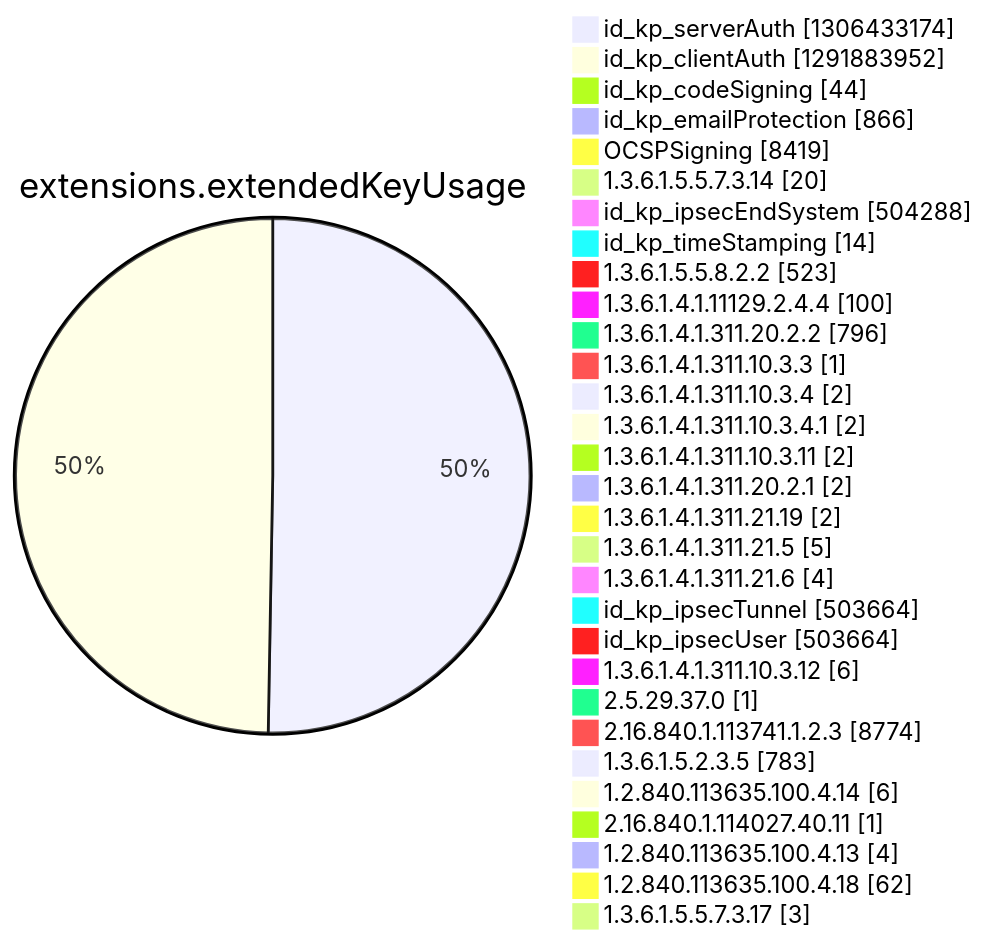
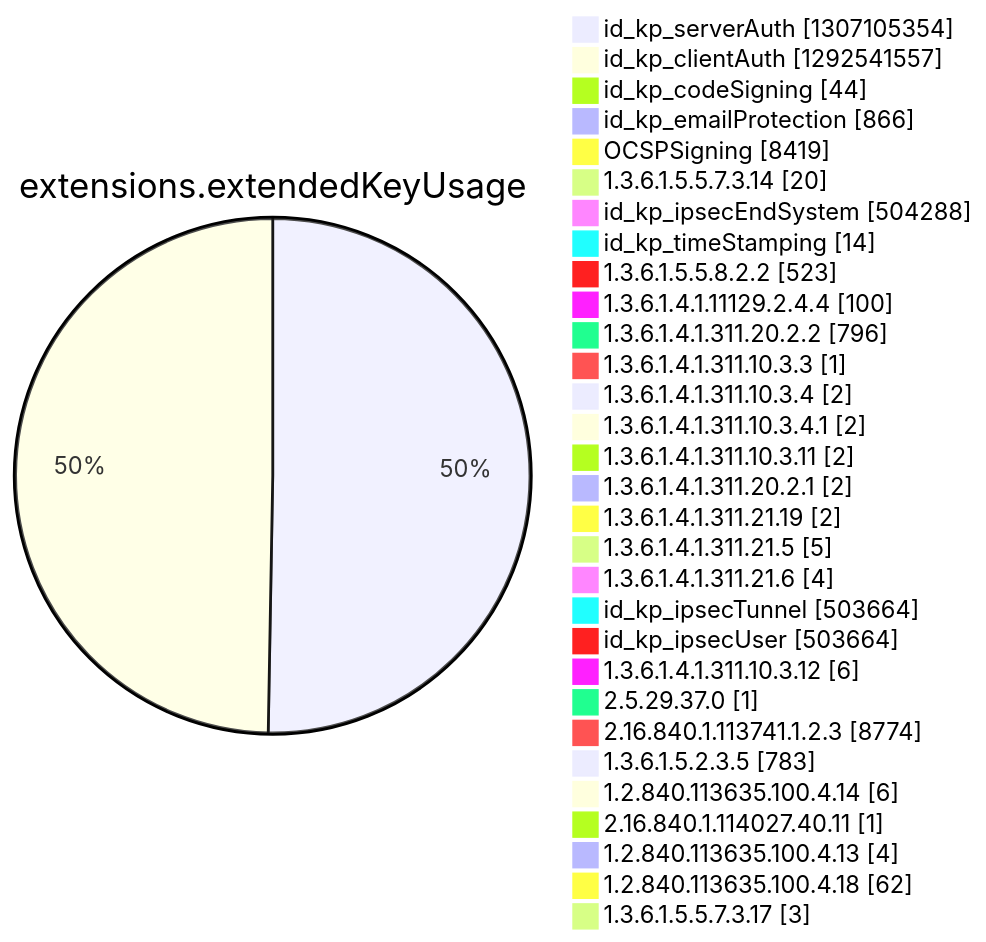
Diagram 12 of 15 in argon2022/README.md (christiankrug/ctmonitor_visualization), drawn with Mermaid before and after one commit. The commit also changed other lines of this file, not shown here.

````diff
--- a/argon2022/README.md
+++ b/argon2022/README.md
@@ -3551,34 +3551,34 @@
 ```mermaid
 pie showData
 title extensions.extendedKeyUsage
-"id_kp_serverAuth" :1306433174
-"id_kp_clientAuth" :1291883952
+"id_kp_serverAuth" :1307105354
+"id_kp_clientAuth" :1292541557
 "id_kp_codeSigning" :44
 "id_kp_emailProtection" :866
 "OCSPSigning" :8419
 "1.3.6.1.5.5.7.3.14" :20
 "id_kp_ipsecEndSystem" :504288
 "id_kp_timeStamping" :14
 "1.3.6.1.5.5.8.2.2" :523
 "1.3.6.1.4.1.11129.2.4.4" :100
 "1.3.6.1.4.1.311.20.2.2" :796
 "1.3.6.1.4.1.311.10.3.3" :1
 "1.3.6.1.4.1.311.10.3.4" :2
 "1.3.6.1.4.1.311.10.3.4.1" :2
 "1.3.6.1.4.1.311.10.3.11" :2
 "1.3.6.1.4.1.311.20.2.1" :2
 "1.3.6.1.4.1.311.21.19" :2
 "1.3.6.1.4.1.311.21.5" :5
 "1.3.6.1.4.1.311.21.6" :4
 "id_kp_ipsecTunnel" :503664
 "id_kp_ipsecUser" :503664
 "1.3.6.1.4.1.311.10.3.12" :6
 "2.5.29.37.0" :1
 "2.16.840.1.113741.1.2.3" :8774
 "1.3.6.1.5.2.3.5" :783
 "1.2.840.113635.100.4.14" :6
 "2.16.840.1.114027.40.11" :1
 "1.2.840.113635.100.4.13" :4
 "1.2.840.113635.100.4.18" :62
 "1.3.6.1.5.5.7.3.17" :3
 ```
````
